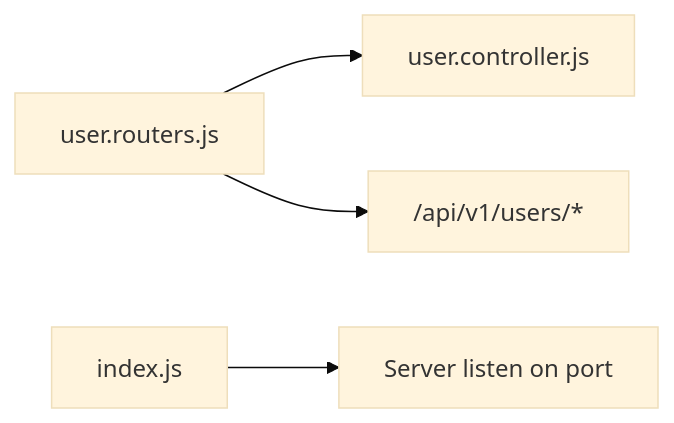
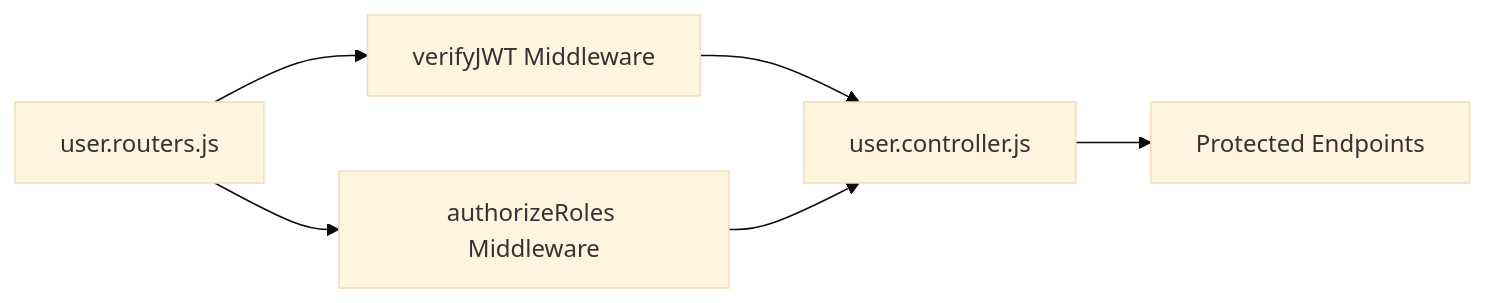
One commit to Aryan9060/Timetable-Project changed the tenth of 11 diagrams in .qoder/repowiki/en/content/Authentication & Authorization/Authentication & Authorization.md. Above: the diagram before and after it, drawn with Mermaid (base theme). The commit also changed other lines of this file and 15 other files, not shown here.

First line of the commit message:
docs(api): replace class with division management endpoints

````diff
--- a/.qoder/repowiki/en/content/Authentication & Authorization/Authentication & Authorization.md
+++ b/.qoder/repowiki/en/content/Authentication & Authorization/Authentication & Authorization.md
@@ -328,6 +471,8 @@
 ```mermaid
 graph LR
-R["user.routers.js"] --> C["user.controller.js"]
-R --> P["/api/v1/users/*"]
-I["index.js"] --> S["Server listen on port"]
+R["user.routers.js"] --> VJ["verifyJWT Middleware"]
+R --> AR["authorizeRoles Middleware"]
+VJ --> C["user.controller.js"]
+AR --> C
+C --> P["Protected Endpoints"]
 ```
````
